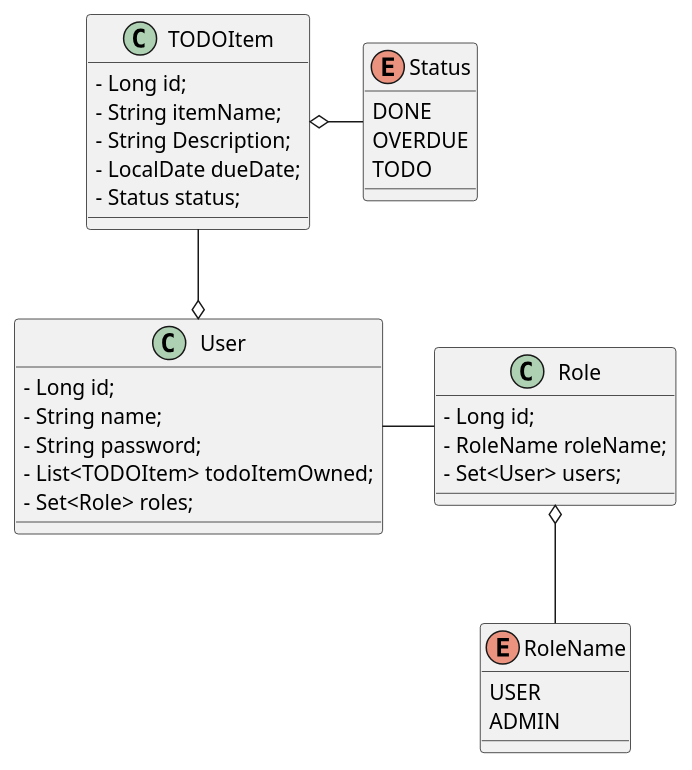
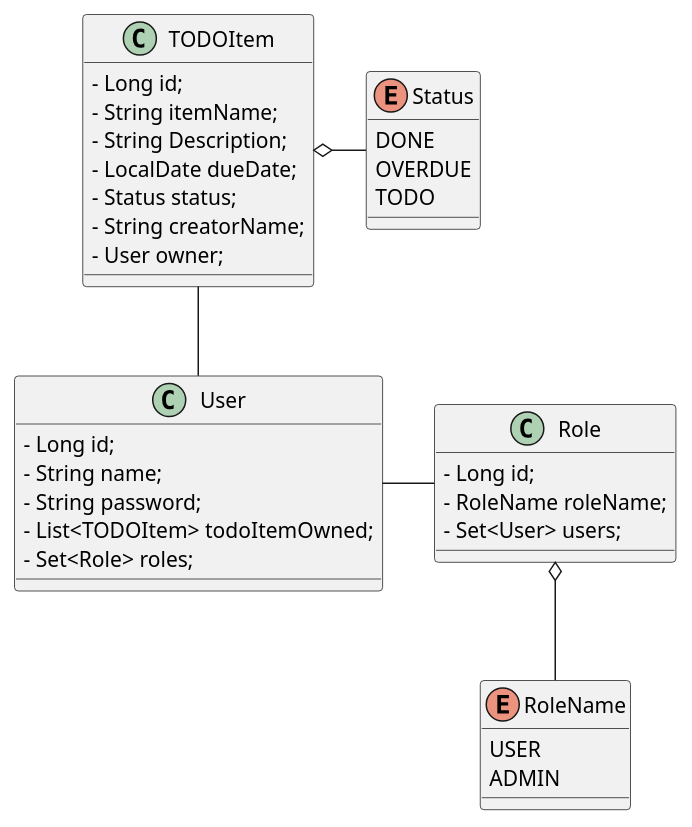
Before and after one commit to RepublicHo/simple-todos-manager: the diagram in src/main/java/com/example/simpletodosmanager/uml/ModelDiagram.puml, drawn with PlantUML. The commit also changed 8 other files, not shown here.

```diff
--- a/src/main/java/com/example/simpletodosmanager/uml/ModelDiagram.puml
+++ b/src/main/java/com/example/simpletodosmanager/uml/ModelDiagram.puml
@@ -1,43 +1,45 @@
 @startuml
 
 Role o-- RoleName
 User - Role
-TODOItem --o User
+TODOItem -- User
 TODOItem o- Status
 
 enum RoleName{
     USER
     ADMIN
 }
 
 enum Status{
     DONE
     OVERDUE
     TODO
 }
 
 
 class Role{
 <plain>- Long id;
 <plain>- RoleName roleName;
 <plain>- Set<User> users;
 }
 
 class User{
 <plain>- Long id;
 <plain>- String name;
 <plain>- String password;
 <plain>- List<TODOItem> todoItemOwned;
 <plain>- Set<Role> roles;
 
 }
 
 class TODOItem{
 <plain>- Long id;
 <plain>- String itemName;
 <plain>- String Description;
 <plain>- LocalDate dueDate;
 <plain>- Status status;
+<plain>- String creatorName;
+<plain>- User owner;
 
 }
 @enduml
```
